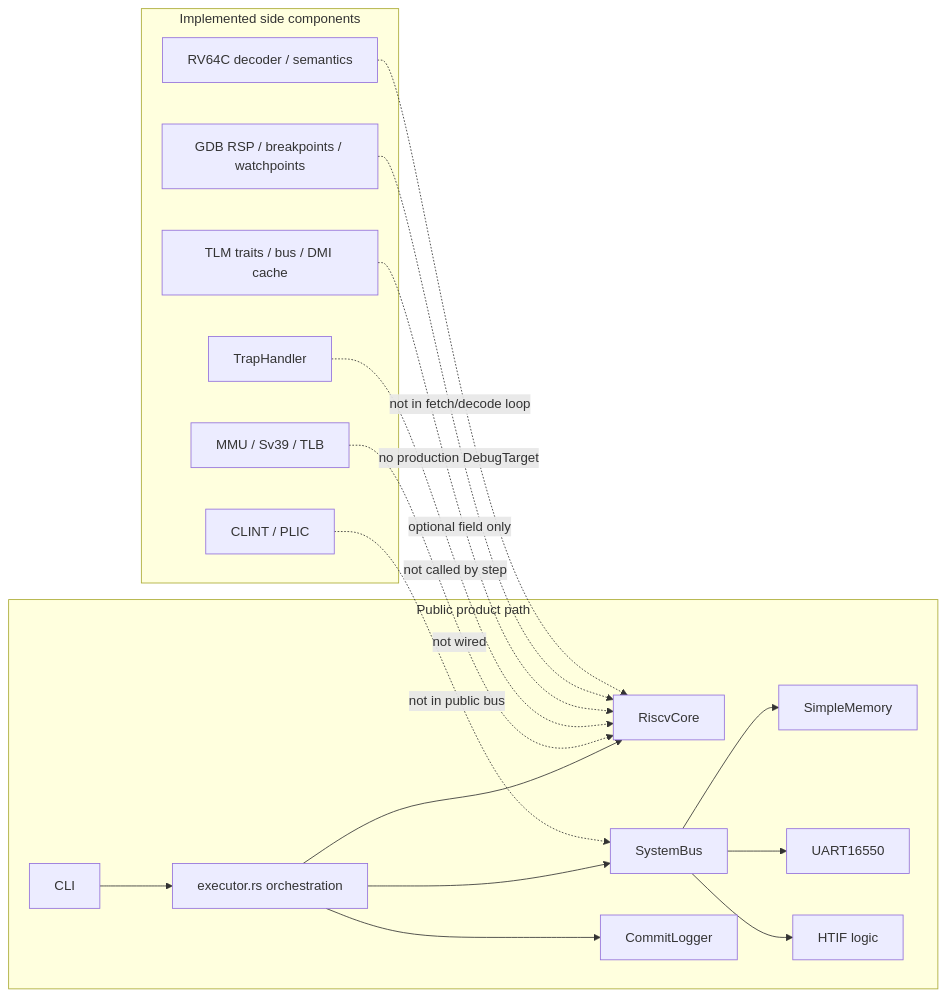
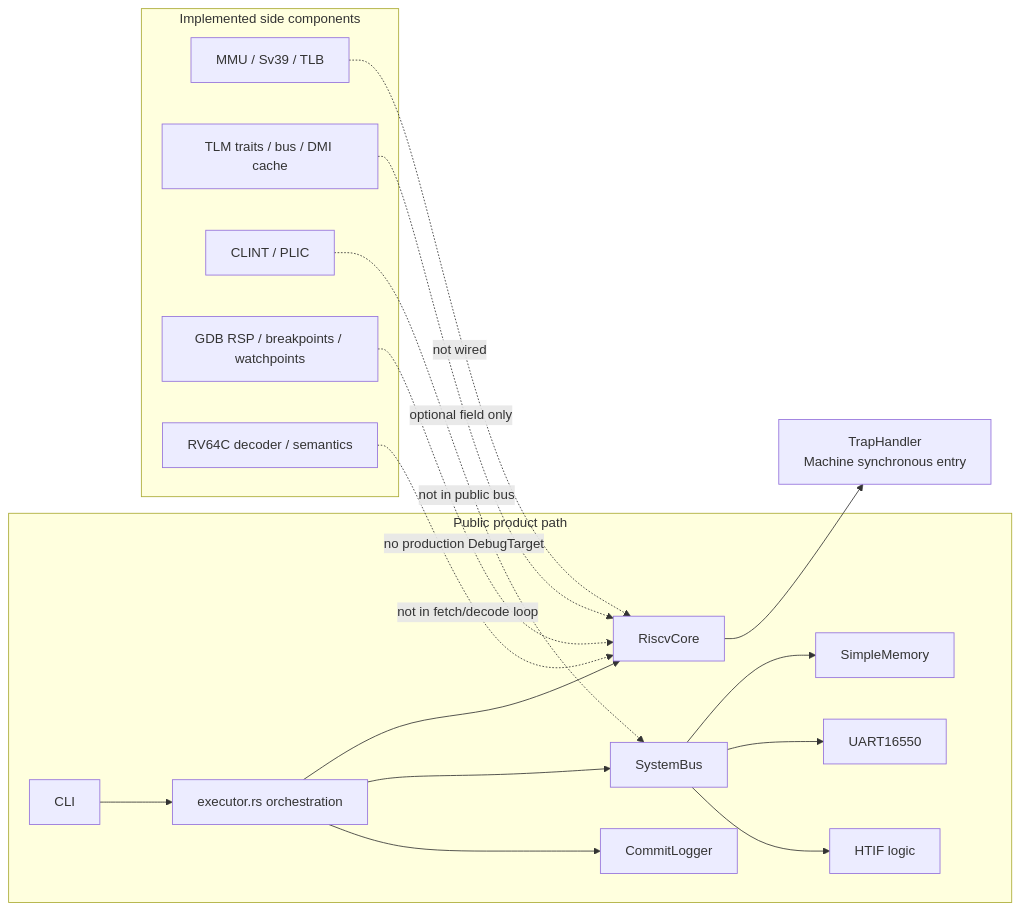
Before and after one commit to mimiqdev/ruscv-sim: the second of 2 diagrams in docs/architecture/current-state.md, drawn with Mermaid. The commit also changed other lines of this file and 12 other files, not shown here.

````diff
--- a/docs/architecture/current-state.md
+++ b/docs/architecture/current-state.md
@@ -105,37 +115,36 @@
 ```mermaid
 flowchart LR
     subgraph Product["Public product path"]
         CLI["CLI"]
         MONO["executor.rs orchestration"]
         CORE["RiscvCore"]
         SBUS["SystemBus"]
         RAM["SimpleMemory"]
         UART["UART16550"]
         HTIF["HTIF logic"]
         LOG["CommitLogger"]
     end
 
     subgraph Side["Implemented side components"]
         MMU["MMU / Sv39 / TLB"]
-        TRAP["TrapHandler"]
         TLM["TLM traits / bus / DMI cache"]
         IRQ["CLINT / PLIC"]
         DBG["GDB RSP / breakpoints / watchpoints"]
         RV64C["RV64C decoder / semantics"]
     end
 
     CLI --> MONO
     MONO --> CORE
     MONO --> SBUS
     MONO --> LOG
     SBUS --> RAM
     SBUS --> UART
     SBUS --> HTIF
 
     MMU -. not wired .-> CORE
-    TRAP -. not called by step .-> CORE
+    CORE --> TRAP["TrapHandler<br/>Machine synchronous entry"]
     TLM -. optional field only .-> CORE
     IRQ -. not in public bus .-> SBUS
     DBG -. no production DebugTarget .-> CORE
     RV64C -. not in fetch/decode loop .-> CORE
 ```
````
